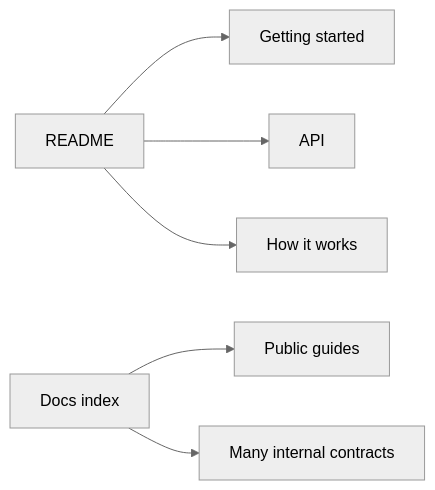
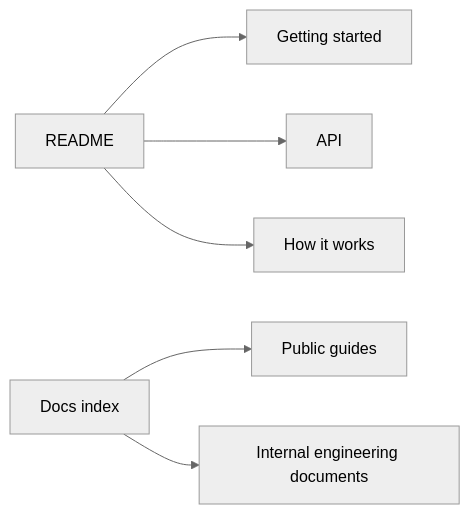
The first of 3 diagrams in docs/development/documentation-architecture.md (pvd232/viper), drawn with Mermaid (neutral theme) before and after one commit. The commit also changed other lines of this file and 8 other files, not shown here.

````diff
--- a/docs/development/documentation-architecture.md
+++ b/docs/development/documentation-architecture.md
@@ -46,8 +46,8 @@
 ```mermaid
 flowchart LR
     Readme[README] --> Tutorial[Getting started]
     Readme --> API[API]
     Readme --> Works[How it works]
     Docs[Docs index] --> Public[Public guides]
-    Docs --> Contracts[Many internal contracts]
+    Docs --> Internal[Internal engineering documents]
 ```
````
